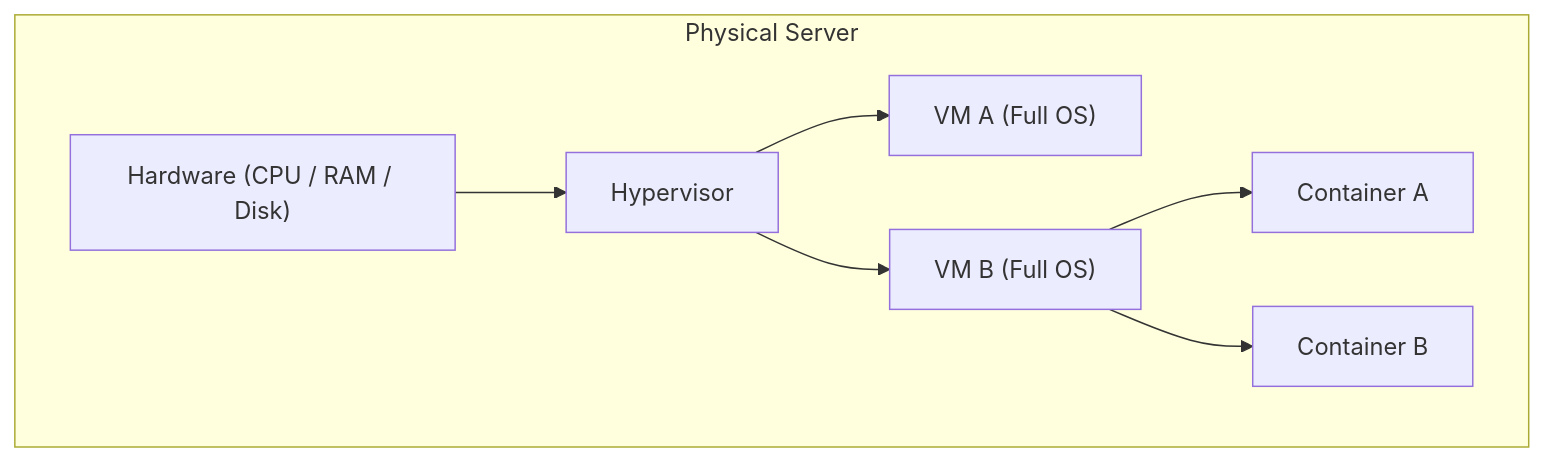
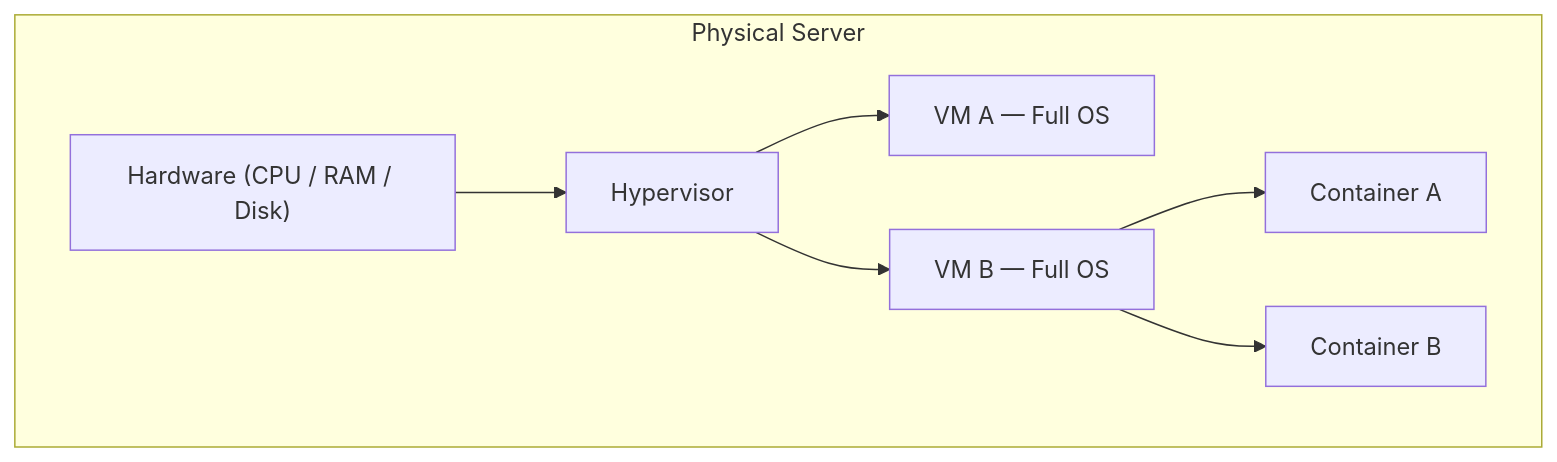
The third of 3 diagrams in THM-Notes/Pre-Security/Computers-Fundamentals/Virtualisation-Basics.md (Dimm377/CyberSec-Learning-Notes), drawn with Mermaid before and after one commit. The commit also changed other lines of this file and 1 other file, not shown here.

````diff
--- a/THM-Notes/Pre-Security/Computers-Fundamentals/Virtualisation-Basics.md
+++ b/THM-Notes/Pre-Security/Computers-Fundamentals/Virtualisation-Basics.md
@@ -197,11 +181,11 @@
 ```mermaid
 graph TD
     subgraph Physical_Server ["Physical Server"]
         HW["Hardware (CPU / RAM / Disk)"]
         HW --> Hyp["Hypervisor"]
-        Hyp --> VMA["VM A (Full OS)"]
-        Hyp --> VMB["VM B (Full OS)"]
+        Hyp --> VMA["VM A — Full OS"]
+        Hyp --> VMB["VM B — Full OS"]
         VMB --> CA["Container A"]
         VMB --> CB["Container B"]
     end
 ```
````
